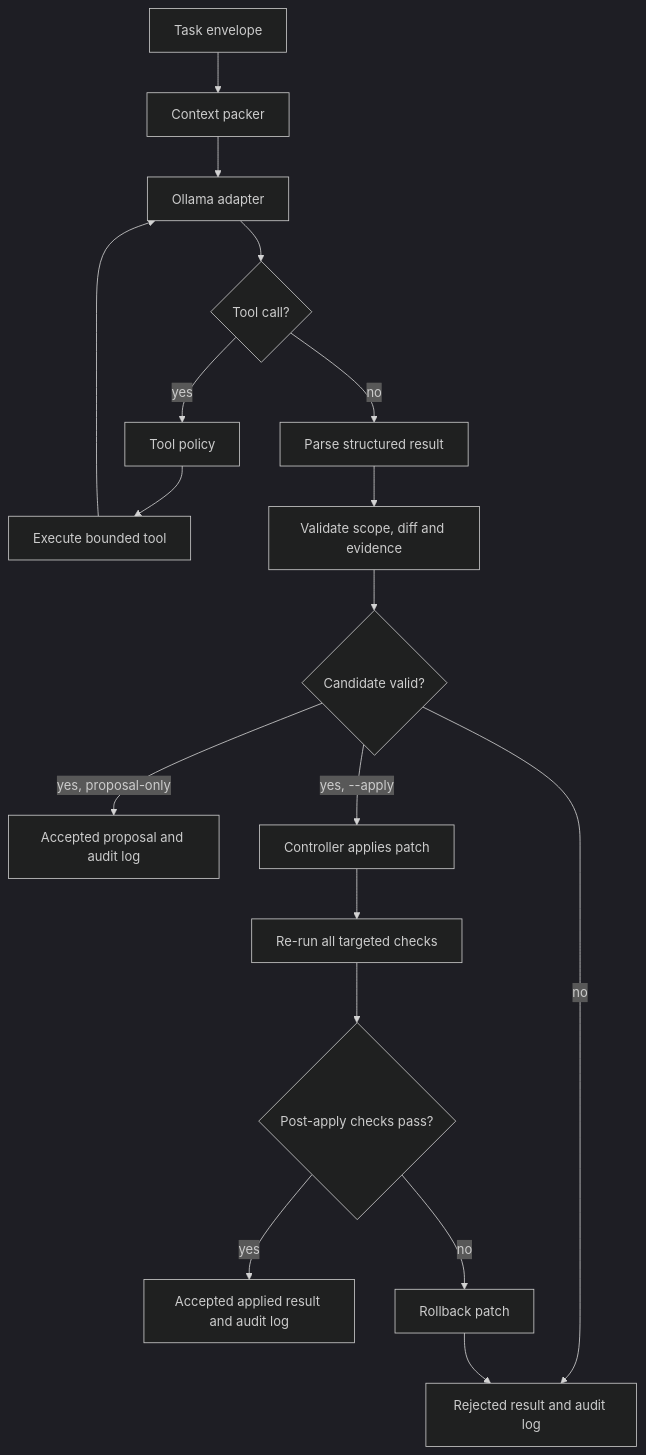
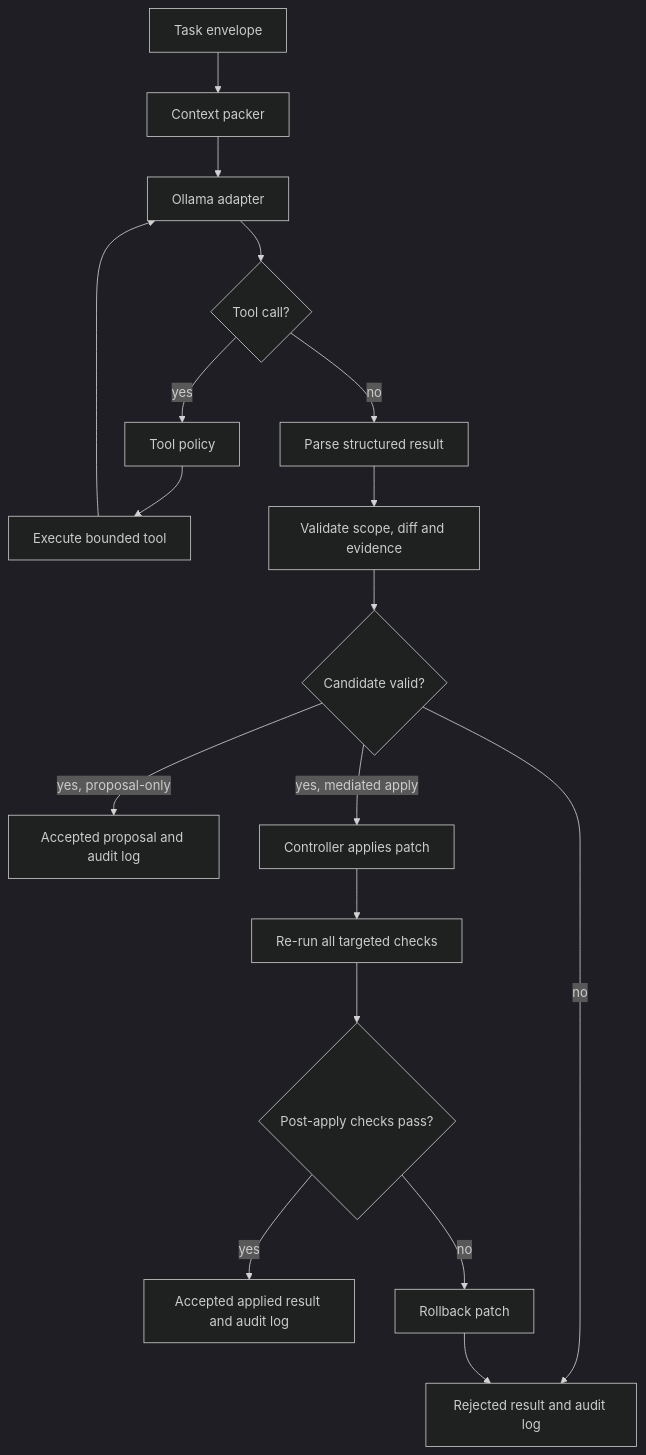
One commit to pvnc228/codex-local-coding-agent changed the diagram in docs/ARCHITECTURE.md. Above: the diagram before and after it, drawn with Mermaid (dark theme). The commit also changed other lines of this file and 33 other files, not shown here.

````diff
--- a/docs/ARCHITECTURE.md
+++ b/docs/ARCHITECTURE.md
@@ -38,20 +42,20 @@
-~~~mermaid
+```mermaid
 flowchart TD
     A["Task envelope"] --> B["Context packer"]
     B --> C["Ollama adapter"]
     C --> D{"Tool call?"}
     D -- "yes" --> E["Tool policy"]
     E --> F["Execute bounded tool"]
     F --> C
     D -- "no" --> G["Parse structured result"]
     G --> H["Validate scope, diff and evidence"]
     H --> I{"Candidate valid?"}
     I -- "no" --> L["Rejected result and audit log"]
     I -- "yes, proposal-only" --> L2["Accepted proposal and audit log"]
-    I -- "yes, --apply" --> J["Controller applies patch"]
+    I -- "yes, mediated apply" --> J["Controller applies patch"]
     J --> K["Re-run all targeted checks"]
     K --> M{"Post-apply checks pass?"}
     M -- "yes" --> L3["Accepted applied result and audit log"]
     M -- "no" --> R["Rollback patch"]
     R --> L
-~~~
+```
````
